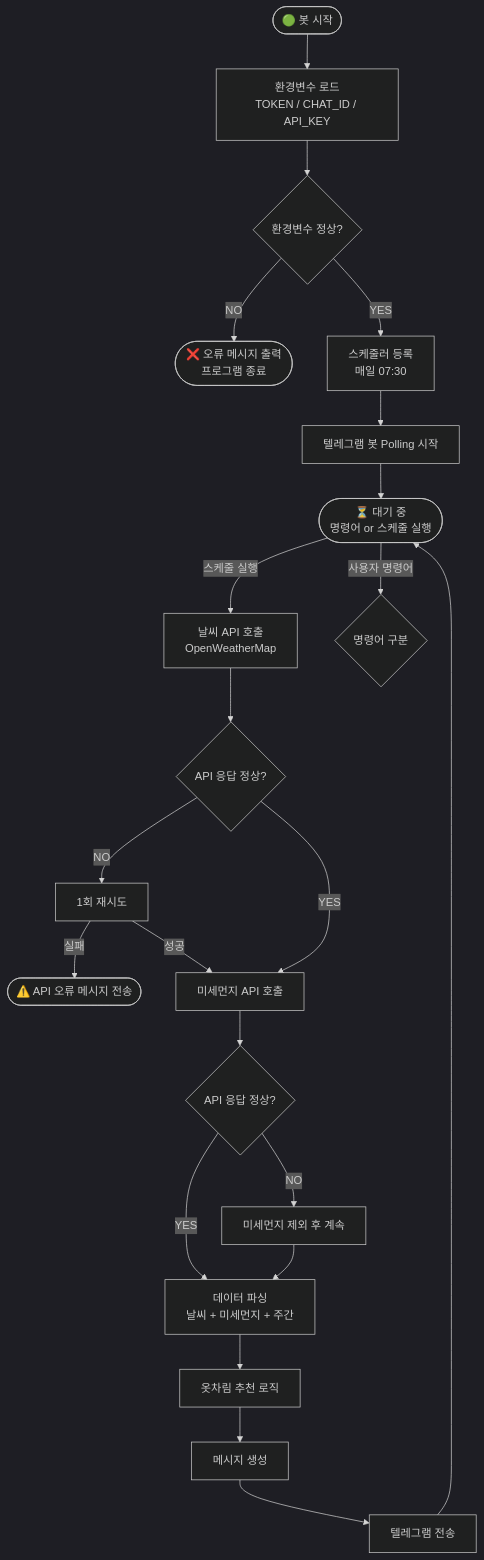
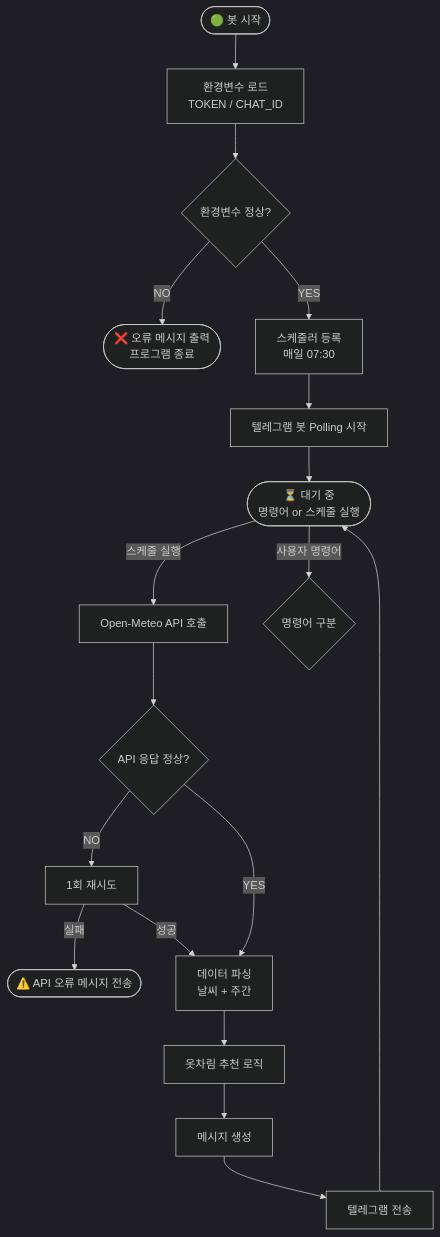
Before and after one commit to wnsgh11223-boop/water-quality-monitor: the first of 4 diagrams in 날씨알림봇/docs/플로우차트.md, drawn with Mermaid (dark theme). The commit also changed other lines of this file and 2 other files, not shown here.

Commit message:
docs: 미세먼지 제거 후 문서 전체 업데이트

````diff
--- a/날씨알림봇/docs/플로우차트.md
+++ b/날씨알림봇/docs/플로우차트.md
@@ -14,28 +15,23 @@
 ```mermaid
 flowchart TD
-    A([🟢 봇 시작]) --> B[환경변수 로드\nTOKEN / CHAT_ID / API_KEY]
+    A([🟢 봇 시작]) --> B[환경변수 로드\nTOKEN / CHAT_ID]
     B --> C{환경변수 정상?}
     C -- NO --> D([❌ 오류 메시지 출력\n프로그램 종료])
     C -- YES --> E[스케줄러 등록\n매일 07:30]
     E --> F[텔레그램 봇 Polling 시작]
     F --> G([⏳ 대기 중\n명령어 or 스케줄 실행])
 
-    G -- 스케줄 실행 --> H[날씨 API 호출\nOpenWeatherMap]
+    G -- 스케줄 실행 --> H[Open-Meteo API 호출]
     G -- 사용자 명령어 --> P{명령어 구분}
 
     H --> I{API 응답 정상?}
     I -- NO --> J[1회 재시도]
     J -- 실패 --> K([⚠️ API 오류 메시지 전송])
-    J -- 성공 --> L[미세먼지 API 호출]
+    J -- 성공 --> L[데이터 파싱\n날씨 + 주간]
     I -- YES --> L
 
-    L --> M{API 응답 정상?}
-    M -- NO --> N[미세먼지 제외 후 계속]
-    M -- YES --> O[데이터 파싱\n날씨 + 미세먼지 + 주간]
-
-    N --> O
-    O --> O2[옷차림 추천 로직]
-    O2 --> O3[메시지 생성]
-    O3 --> O4[텔레그램 전송]
-    O4 --> G
+    L --> M[옷차림 추천 로직]
+    M --> N[메시지 생성]
+    N --> O[텔레그램 전송]
+    O --> G
 ```
````
